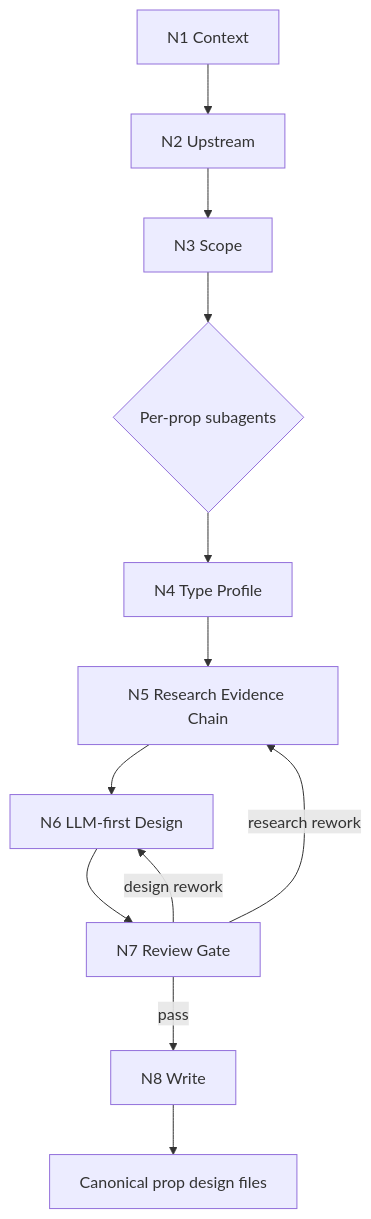
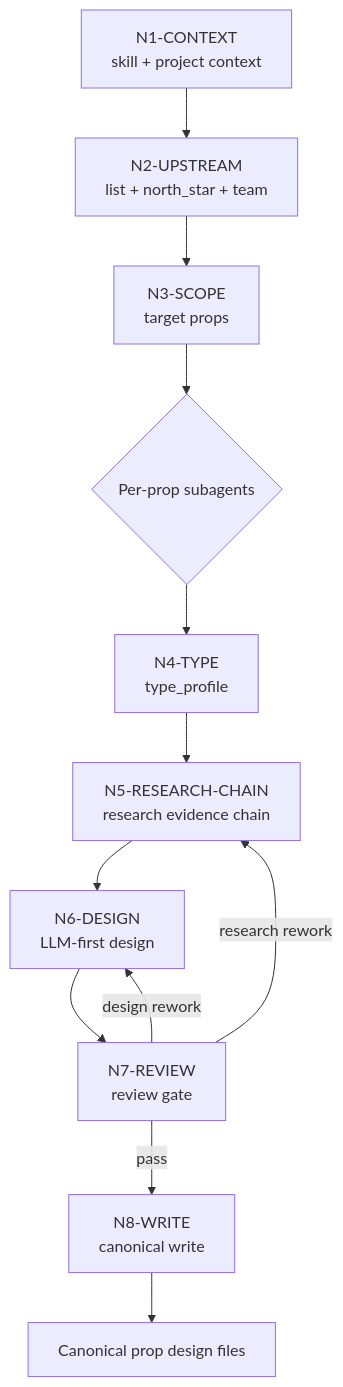
One commit to ZEN-VOID/AI-CUT changed the diagram in .agents/skills/aigc/5-设计/道具/2-设计/steps/prop-design-workflow.md. Above: the diagram before and after it, drawn with Mermaid. The commit also changed 41 other files, not shown here.

````diff
--- a/.agents/skills/aigc/5-设计/道具/2-设计/steps/prop-design-workflow.md
+++ b/.agents/skills/aigc/5-设计/道具/2-设计/steps/prop-design-workflow.md
@@ -41,14 +41,14 @@
 ```mermaid
 flowchart TD
-    A["N1 Context"] --> B["N2 Upstream"]
-    B --> C["N3 Scope"]
+    A["N1-CONTEXT<br/>skill + project context"] --> B["N2-UPSTREAM<br/>list + north_star + team"]
+    B --> C["N3-SCOPE<br/>target props"]
     C --> D{"Per-prop subagents"}
-    D --> E["N4 Type Profile"]
-    E --> F["N5 Research Evidence Chain"]
-    F --> G["N6 LLM-first Design"]
-    G --> H["N7 Review Gate"]
-    H -->|"pass"| I["N8 Write"]
+    D --> E["N4-TYPE<br/>type_profile"]
+    E --> F["N5-RESEARCH-CHAIN<br/>research evidence chain"]
+    F --> G["N6-DESIGN<br/>LLM-first design"]
+    G --> H["N7-REVIEW<br/>review gate"]
+    H -->|"pass"| I["N8-WRITE<br/>canonical write"]
     H -->|"research rework"| F
     H -->|"design rework"| G
     I --> J["Canonical prop design files"]
 ```
````
